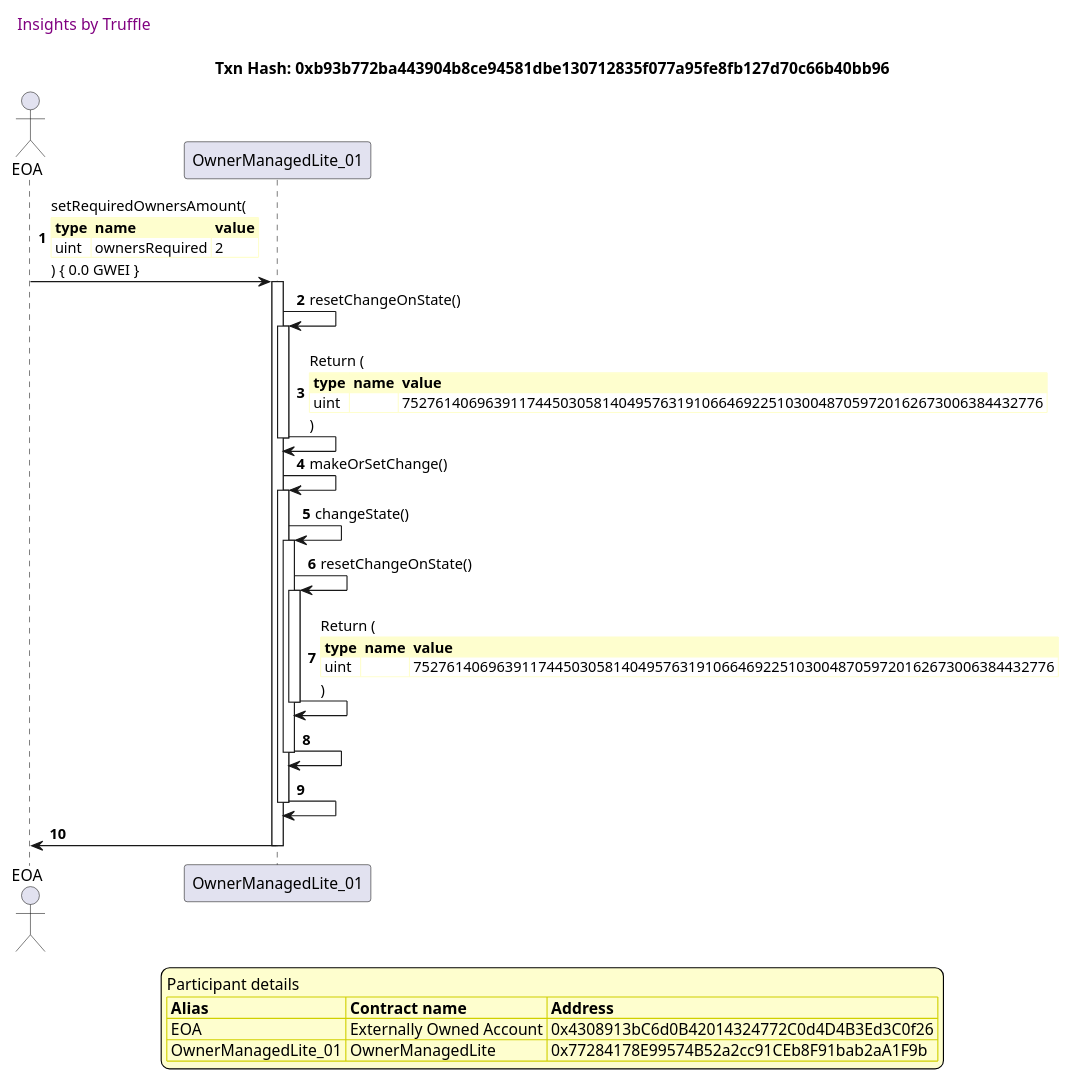
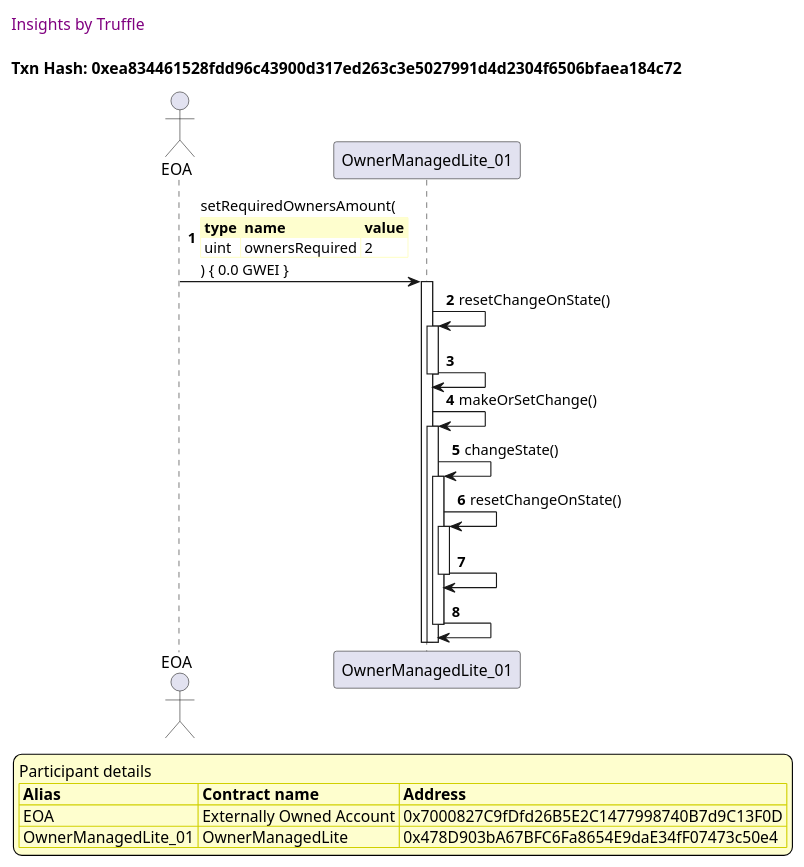
One commit to thedarkjester/ConsensysAssignment changed diagram 11 of 31 in truffle-seq/OwnerManagedLite_test_griefing_prevention.md. Above: the diagram before and after it, drawn with PlantUML. The commit also changed other lines of this file and 13 other files, not shown here.

````diff
--- a/truffle-seq/OwnerManagedLite_test_griefing_prevention.md
+++ b/truffle-seq/OwnerManagedLite_test_griefing_prevention.md
@@ -538,54 +500,46 @@
 ```plantuml
 
 
 @startuml
 
 autonumber
 skinparam legendBackgroundColor #FEFECE
 
 <style>
       header {
         HorizontalAlignment left
         FontColor purple
         FontSize 14
         Padding 10
       }
     </style>
 
 header Insights by Truffle
 
-title Txn Hash: 0xb93b772ba443904b8ce94581dbe130712835f077a95fe8fb127d70c66b40bb96
+title Txn Hash: 0xea834461528fdd96c43900d317ed263c3e5027991d4d2304f6506bfaea184c72
 
 
 actor EOA as "EOA"
 participant OwnerManagedLite_01 as "OwnerManagedLite_01"
 
 "EOA" -> "OwnerManagedLite_01" ++: setRequiredOwnersAmount(\n\
 <#FEFECE,#FEFECE>|= type |= name |= value |\n\
 | uint | ownersRequired | 2 |\n\
 ) { 0.0 GWEI }
 "OwnerManagedLite_01" -> "OwnerManagedLite_01" ++: resetChangeOnState()
-"OwnerManagedLite_01" -> "OwnerManagedLite_01" --: Return (\n\
-<#FEFECE,#FEFECE>|= type |= name |= value |\n\
-| uint |  | 75276140696391174450305814049576319106646922510300487059720162673006384432776 |\n\
-)
+"OwnerManagedLite_01" -> "OwnerManagedLite_01" --: 
 "OwnerManagedLite_01" -> "OwnerManagedLite_01" ++: makeOrSetChange()
 "OwnerManagedLite_01" -> "OwnerManagedLite_01" ++: changeState()
 "OwnerManagedLite_01" -> "OwnerManagedLite_01" ++: resetChangeOnState()
-"OwnerManagedLite_01" -> "OwnerManagedLite_01" --: Return (\n\
-<#FEFECE,#FEFECE>|= type |= name |= value |\n\
-| uint |  | 75276140696391174450305814049576319106646922510300487059720162673006384432776 |\n\
-)
 "OwnerManagedLite_01" -> "OwnerManagedLite_01" --: 
 "OwnerManagedLite_01" -> "OwnerManagedLite_01" --: 
-"OwnerManagedLite_01" -> "EOA" --: 
 
 legend
 Participant details
 <#FEFECE,#D0D000>|= Alias |= Contract name |= Address |
-<#FEFECE>| EOA | Externally Owned Account | 0x4308913bC6d0B42014324772C0d4D4B3Ed3C0f26 |
-<#FEFECE>| OwnerManagedLite_01 | OwnerManagedLite | 0x77284178E99574B52a2cc91CEb8F91bab2aA1F9b |
+<#FEFECE>| EOA | Externally Owned Account | 0x7000827C9fDfd26B5E2C1477998740B7d9C13F0D |
+<#FEFECE>| OwnerManagedLite_01 | OwnerManagedLite | 0x478D903bA67BFC6Fa8654E9daE34fF07473c50e4 |
 endlegend
 
 @enduml
 ```
````
